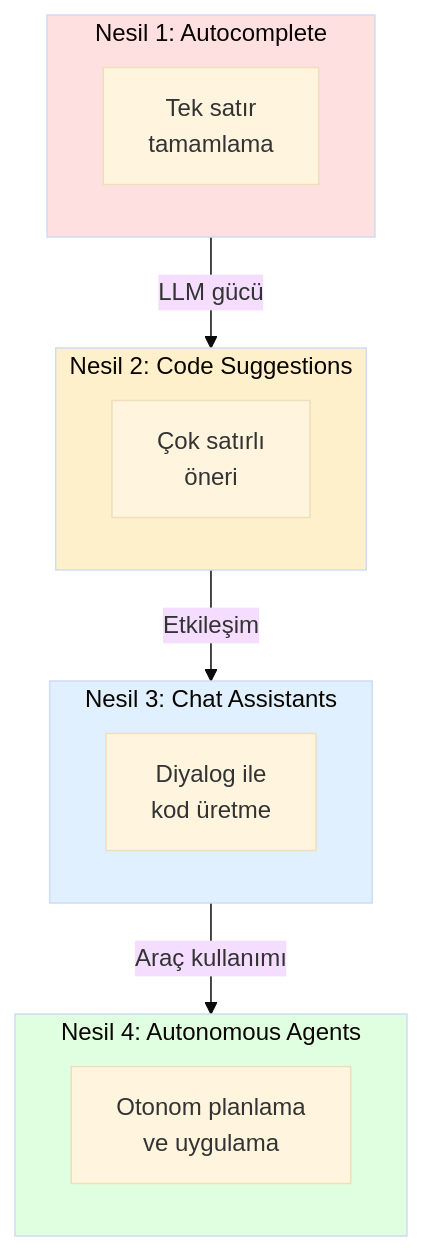
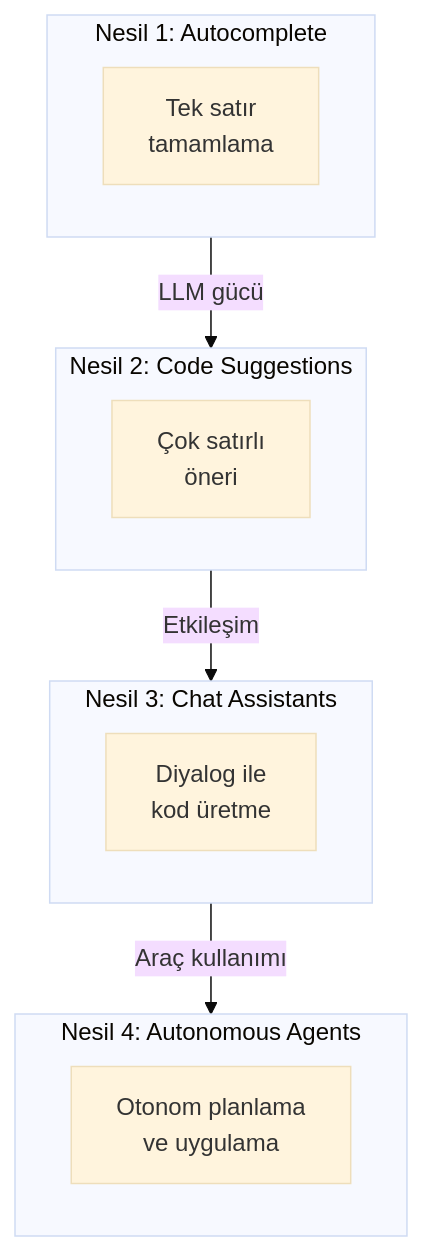
One commit to IzzetYasinAtes/ClaudeCodeHandbook changed the fourth of 6 diagrams in 04-ai-destekli-gelistirme/01-ai-destekli-gelistirme-nedir.md. Above: the diagram before and after it, drawn with Mermaid (base theme). The commit also changed other lines of this file and 97 other files, not shown here.

Commit message:
Remove all custom Mermaid style/fill colors from 98 markdown files for consistent dark theme rendering

````diff
--- a/04-ai-destekli-gelistirme/01-ai-destekli-gelistirme-nedir.md
+++ b/04-ai-destekli-gelistirme/01-ai-destekli-gelistirme-nedir.md
@@ -200,24 +186,20 @@
 ```mermaid
 flowchart TD
     subgraph n1 ["Nesil 1: Autocomplete"]
         A1["Tek satır<br/>tamamlama"]
     end
     subgraph n2 ["Nesil 2: Code Suggestions"]
         A2["Çok satırlı<br/>öneri"]
     end
     subgraph n3 ["Nesil 3: Chat Assistants"]
         A3["Diyalog ile<br/>kod üretme"]
     end
     subgraph n4 ["Nesil 4: Autonomous Agents"]
         A4["Otonom planlama<br/>ve uygulama"]
     end
 
     n1 -->|"LLM gücü"| n2
     n2 -->|"Etkileşim"| n3
     n3 -->|"Araç kullanımı"| n4
 
-    style n1 fill:#ffe0e0
-    style n2 fill:#fff0cc
-    style n3 fill:#e0f0ff
-    style n4 fill:#e0ffe0
 ```
````
